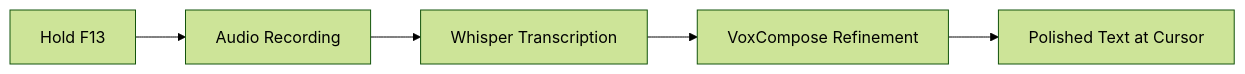
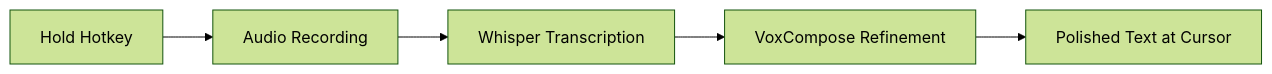
Before and after one commit to cliffmin/voxcompose: the diagram in README.md, drawn with Mermaid (forest theme). The commit also changed other lines of this file, not shown here.

````diff
--- a/README.md
+++ b/README.md
@@ -158,7 +184,7 @@
 ```mermaid
 graph LR
-    A[Hold F13] --> B[Audio Recording]
+    A[Hold Hotkey] --> B[Audio Recording]
     B --> C[Whisper Transcription]
     C --> D[VoxCompose Refinement]
     D --> E[Polished Text at Cursor]
 ```
````
